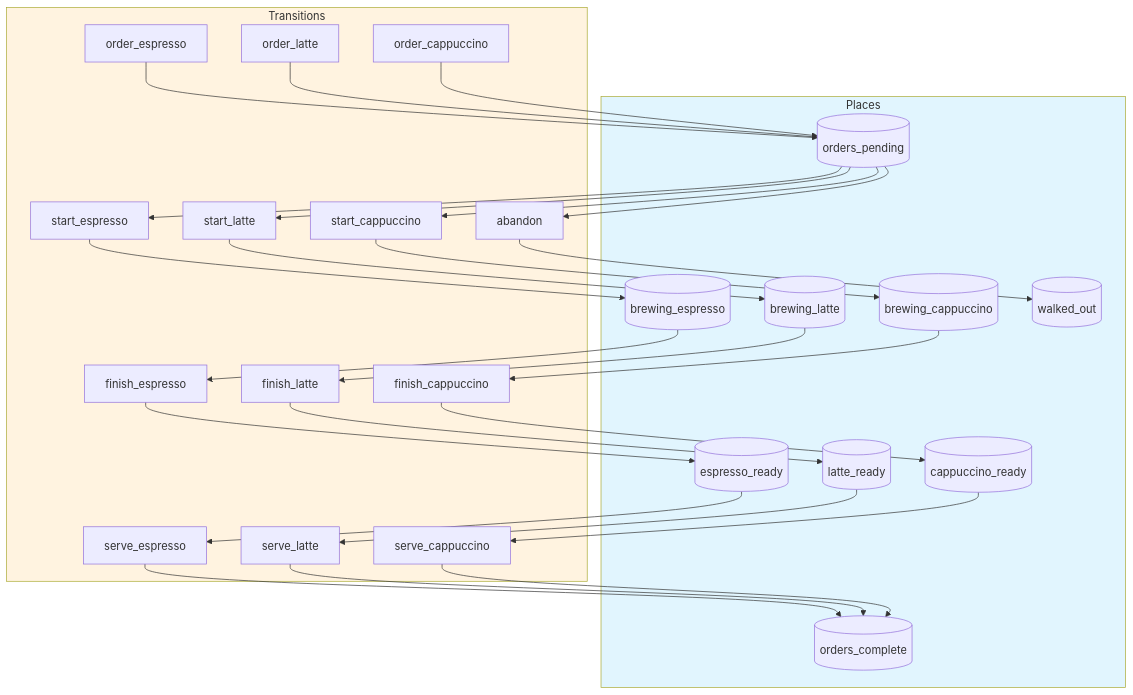
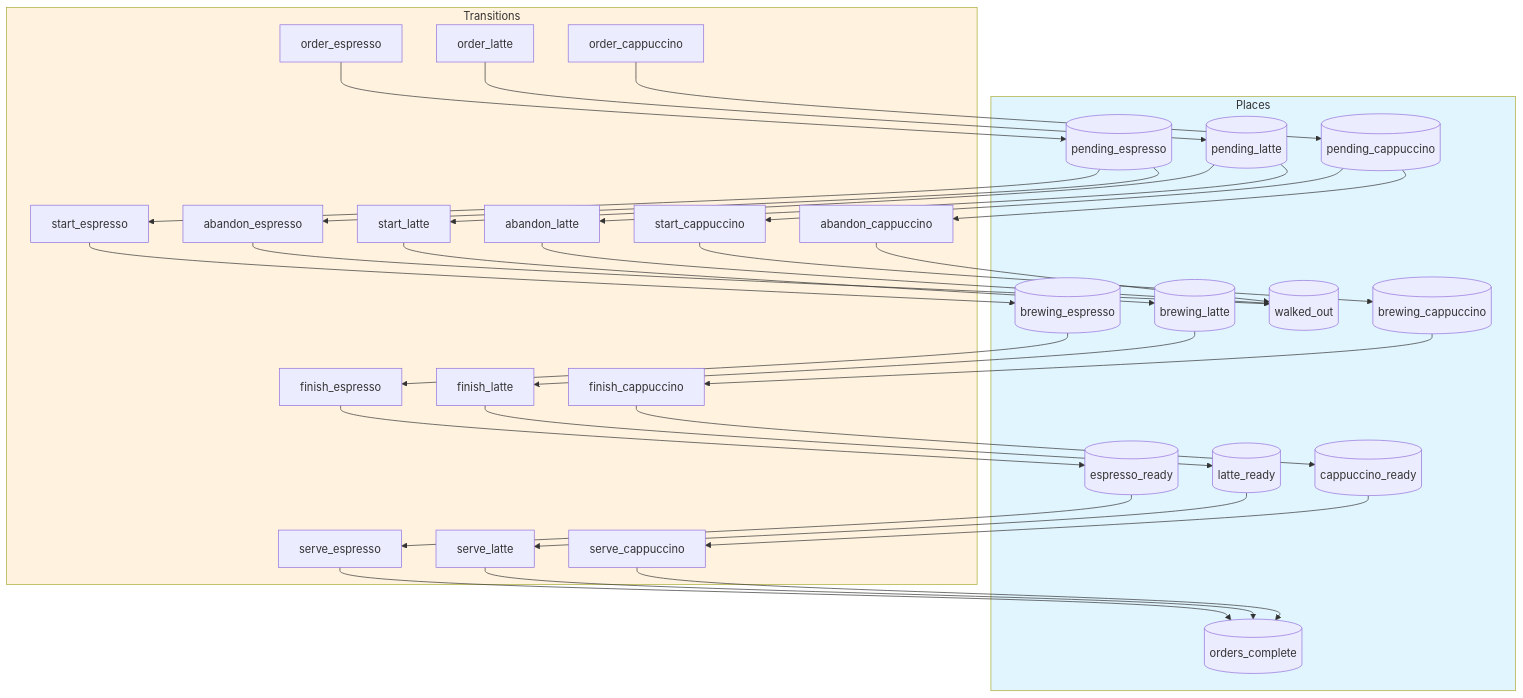
The second of 3 diagrams in generated/cafe/counter/README.md (pflow-xyz/petri-pilot), drawn with Mermaid before and after one commit. The commit also changed other lines of this file and 45 other files, not shown here.

````diff
--- a/generated/cafe/counter/README.md
+++ b/generated/cafe/counter/README.md
@@ -135,71 +155,81 @@
 ```mermaid
 flowchart TD
     subgraph Places
-        PlaceOrdersPending[("orders_pending")]
+        PlacePendingEspresso[("pending_espresso")]
+        PlacePendingLatte[("pending_latte")]
+        PlacePendingCappuccino[("pending_cappuccino")]
         PlaceBrewingEspresso[("brewing_espresso")]
         PlaceBrewingLatte[("brewing_latte")]
         PlaceBrewingCappuccino[("brewing_cappuccino")]
         PlaceEspressoReady[("espresso_ready")]
         PlaceLatteReady[("latte_ready")]
         PlaceCappuccinoReady[("cappuccino_ready")]
         PlaceOrdersComplete[("orders_complete")]
         PlaceWalkedOut[("walked_out")]
     end
 
     subgraph Transitions
         t_TransitionOrderEspresso["order_espresso"]
         t_TransitionOrderLatte["order_latte"]
         t_TransitionOrderCappuccino["order_cappuccino"]
         t_TransitionStartEspresso["start_espresso"]
         t_TransitionStartLatte["start_latte"]
         t_TransitionStartCappuccino["start_cappuccino"]
         t_TransitionFinishEspresso["finish_espresso"]
         t_TransitionFinishLatte["finish_latte"]
         t_TransitionFinishCappuccino["finish_cappuccino"]
         t_TransitionServeEspresso["serve_espresso"]
         t_TransitionServeLatte["serve_latte"]
         t_TransitionServeCappuccino["serve_cappuccino"]
-        t_TransitionAbandon["abandon"]
+        t_TransitionAbandonEspresso["abandon_espresso"]
+        t_TransitionAbandonLatte["abandon_latte"]
+        t_TransitionAbandonCappuccino["abandon_cappuccino"]
     end
 
 
-    t_TransitionOrderEspresso --> PlaceOrdersPending
+    t_TransitionOrderEspresso --> PlacePendingEspresso
 
-    t_TransitionOrderLatte --> PlaceOrdersPending
+    t_TransitionOrderLatte --> PlacePendingLatte
 
-    t_TransitionOrderCappuccino --> PlaceOrdersPending
+    t_TransitionOrderCappuccino --> PlacePendingCappuccino
 
-    PlaceOrdersPending --> t_TransitionStartEspresso
+    PlacePendingEspresso --> t_TransitionStartEspresso
     t_TransitionStartEspresso --> PlaceBrewingEspresso
 
-    PlaceOrdersPending --> t_TransitionStartLatte
+    PlacePendingLatte --> t_TransitionStartLatte
     t_TransitionStartLatte --> PlaceBrewingLatte
 
-    PlaceOrdersPending --> t_TransitionStartCappuccino
+    PlacePendingCappuccino --> t_TransitionStartCappuccino
     t_TransitionStartCappuccino --> PlaceBrewingCappuccino
 
     PlaceBrewingEspresso --> t_TransitionFinishEspresso
     t_TransitionFinishEspresso --> PlaceEspressoReady
 
     PlaceBrewingLatte --> t_TransitionFinishLatte
     t_TransitionFinishLatte --> PlaceLatteReady
 
     PlaceBrewingCappuccino --> t_TransitionFinishCappuccino
     t_TransitionFinishCappuccino --> PlaceCappuccinoReady
 
     PlaceEspressoReady --> t_TransitionServeEspresso
     t_TransitionServeEspresso --> PlaceOrdersComplete
 
     PlaceLatteReady --> t_TransitionServeLatte
     t_TransitionServeLatte --> PlaceOrdersComplete
 
     PlaceCappuccinoReady --> t_TransitionServeCappuccino
     t_TransitionServeCappuccino --> PlaceOrdersComplete
 
-    PlaceOrdersPending --> t_TransitionAbandon
-    t_TransitionAbandon --> PlaceWalkedOut
+    PlacePendingEspresso --> t_TransitionAbandonEspresso
+    t_TransitionAbandonEspresso --> PlaceWalkedOut
+
+    PlacePendingLatte --> t_TransitionAbandonLatte
+    t_TransitionAbandonLatte --> PlaceWalkedOut
+
+    PlacePendingCappuccino --> t_TransitionAbandonCappuccino
+    t_TransitionAbandonCappuccino --> PlaceWalkedOut
 
 
     style Places fill:#e1f5fe
     style Transitions fill:#fff3e0
 ```
````
